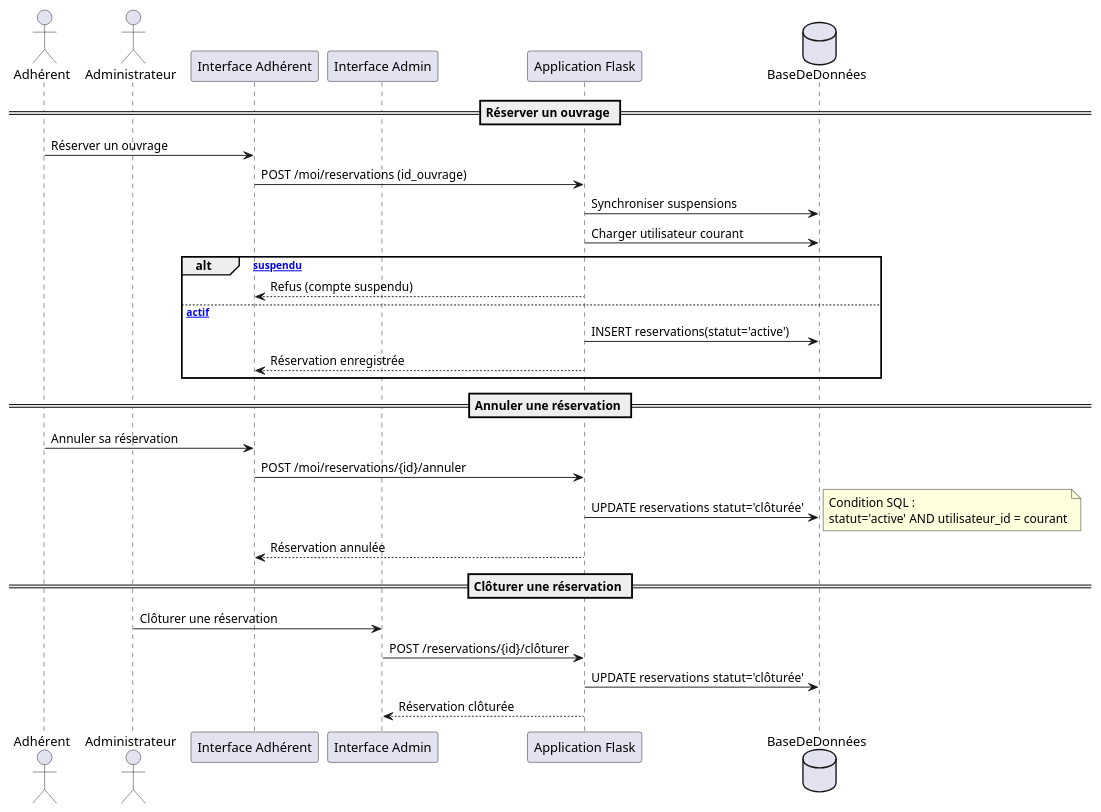
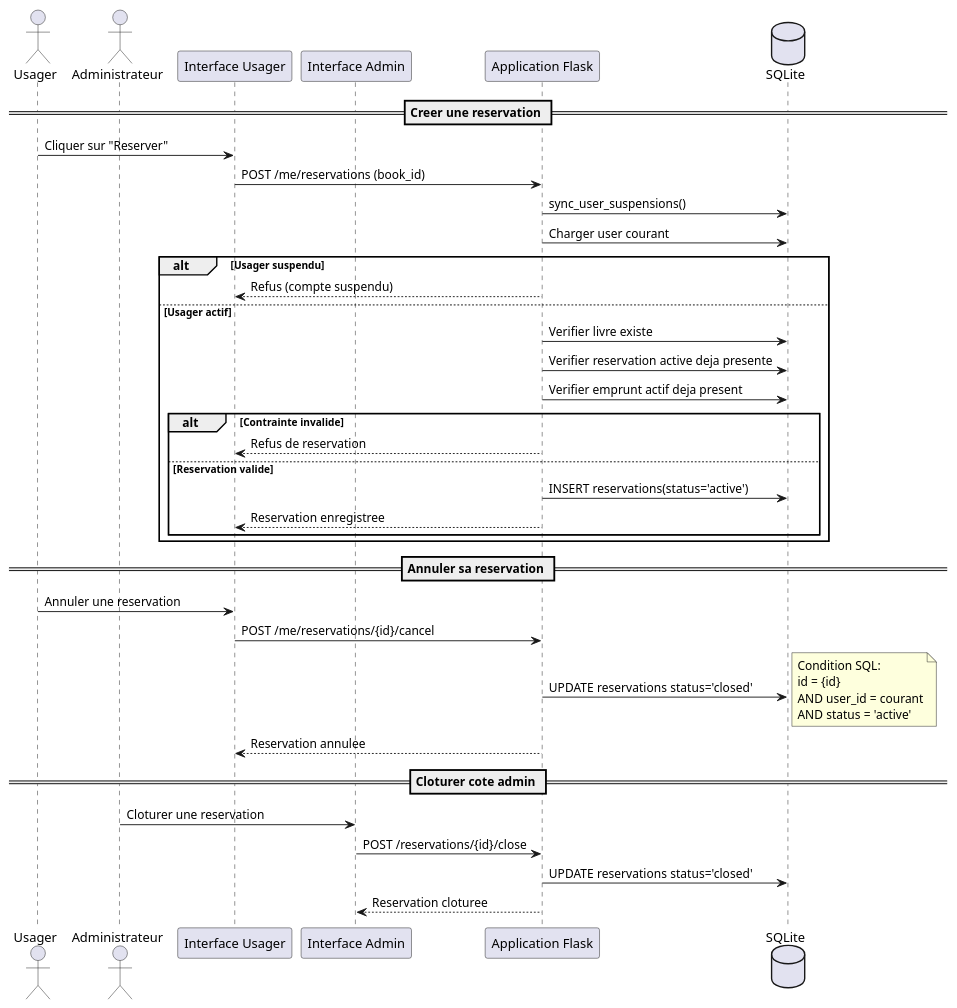
The diagram in diagrams/sequence_reservation.puml (JunRoot29/Gestion-d-une-Bibliotheque), drawn with PlantUML before and after one commit. The commit also changed 7 other files, not shown here.

Commit message:
Mise à jour des diagrammes

```diff
--- a/diagrams/sequence_reservation.puml
+++ b/diagrams/sequence_reservation.puml
@@ -1,37 +1,47 @@
 @startuml
-actor Adhérent
-actor Administrateur
-participant "Interface Adhérent" as UUI
+actor "Usager" as U
+actor "Administrateur" as A
+participant "Interface Usager" as UUI
 participant "Interface Admin" as AUI
 participant "Application Flask" as APP
-database BaseDeDonnées as DB
+database "SQLite" as DB
 
-== Réserver un ouvrage ==
-Adhérent -> UUI : Réserver un ouvrage
-UUI -> APP : POST /moi/reservations (id_ouvrage)
-APP -> DB : Synchroniser suspensions
-APP -> DB : Charger utilisateur courant
+== Creer une reservation ==
+U -> UUI : Cliquer sur "Reserver"
+UUI -> APP : POST /me/reservations (book_id)
+APP -> DB : sync_user_suspensions()
+APP -> DB : Charger user courant
 
-alt [Usager suspendu]
+alt Usager suspendu
   APP --> UUI : Refus (compte suspendu)
-else [Usager actif]
-  APP -> DB : INSERT reservations(statut='active')
-  APP --> UUI : Réservation enregistrée
+else Usager actif
+  APP -> DB : Verifier livre existe
+  APP -> DB : Verifier reservation active deja presente
+  APP -> DB : Verifier emprunt actif deja present
+
+  alt Contrainte invalide
+    APP --> UUI : Refus de reservation
+  else Reservation valide
+    APP -> DB : INSERT reservations(status='active')
+    APP --> UUI : Reservation enregistree
+  end
 end
 
-== Annuler une réservation ==
-Adhérent -> UUI : Annuler sa réservation
-UUI -> APP : POST /moi/reservations/{id}/annuler
-APP -> DB : UPDATE reservations statut='clôturée'
+== Annuler sa reservation ==
+U -> UUI : Annuler une reservation
+UUI -> APP : POST /me/reservations/{id}/cancel
+APP -> DB : UPDATE reservations status='closed'
 note right
-Condition SQL :
-statut='active' AND utilisateur_id = courant
+Condition SQL:
+id = {id}
+AND user_id = courant
+AND status = 'active'
 end note
-APP --> UUI : Réservation annulée
+APP --> UUI : Reservation annulee
 
-== Clôturer une réservation ==
-Administrateur -> AUI : Clôturer une réservation
-AUI -> APP : POST /reservations/{id}/clôturer
-APP -> DB : UPDATE reservations statut='clôturée'
-APP --> AUI : Réservation clôturée
+== Cloturer cote admin ==
+A -> AUI : Cloturer une reservation
+AUI -> APP : POST /reservations/{id}/close
+APP -> DB : UPDATE reservations status='closed'
+APP --> AUI : Reservation cloturee
 @enduml
```
